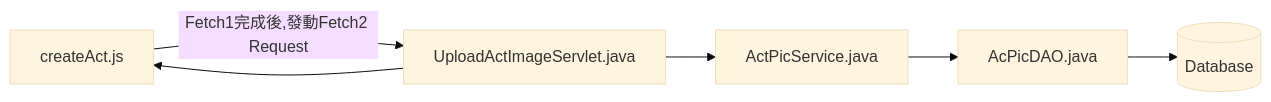
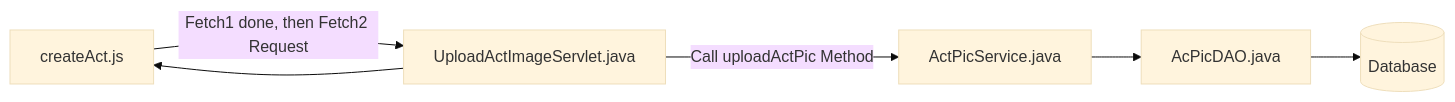
One commit to TLexYuW/CGA103G1OwnPart changed the fourth of 13 diagrams in README.md. Above: the diagram before and after it, drawn with Mermaid (base theme).

Commit message:
LexVaultBackup: 2022-09-11 22:58:53
Affected files:
README.md

````diff
--- a/README.md
+++ b/README.md
@@ -73,6 +73,7 @@
 ```mermaid
 flowchart LR
-	cA[createAct.js] -->|Fetch1完成後,發動Fetch2 Request| UAIS[UploadActImageServlet.java] --> APS[ActPicService.java]
+	cA[createAct.js] -->|Fetch1 done, then Fetch2 Request| UAIS[UploadActImageServlet.java] 
+	-->|Call uploadActPic Method| APS[ActPicService.java]
 	--> APD[AcPicDAO.java] --> DB[(Database)]
 	UAIS --> cA
 ```
````
